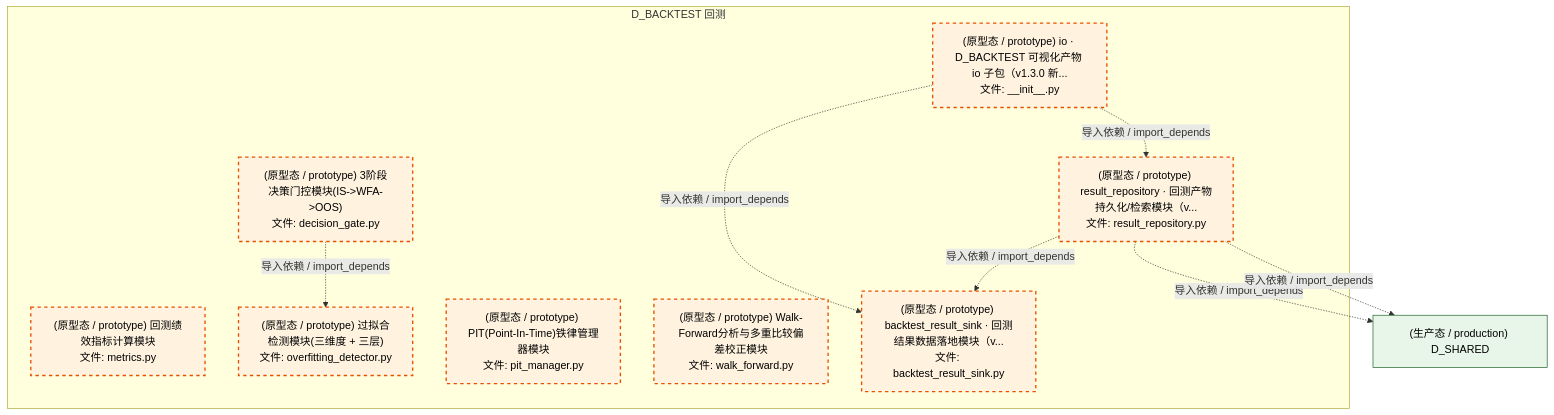
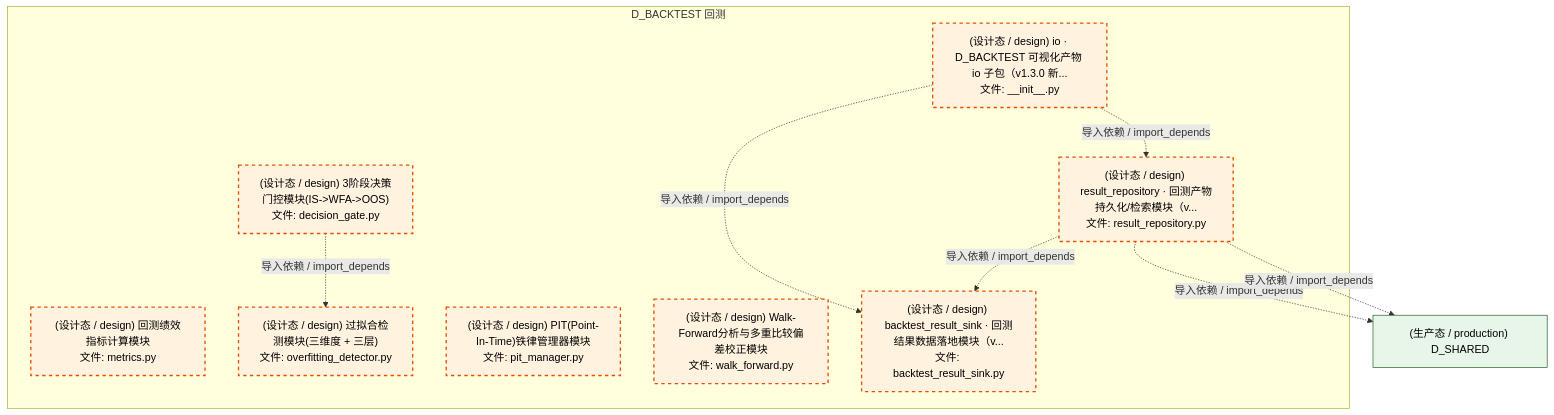
The fourth of 5 diagrams in docs/02_enterprise_architecture/02_domain_architecture_docs/30_d_backtest.md (xuanFelixVan/ZephyrAlpha), drawn with Mermaid before and after one commit. The commit also changed other lines of this file and 177 other files, not shown here.

````diff
--- a/docs/02_enterprise_architecture/02_domain_architecture_docs/30_d_backtest.md
+++ b/docs/02_enterprise_architecture/02_domain_architecture_docs/30_d_backtest.md
@@ -269,26 +268,26 @@
 ```mermaid
 graph TD
     subgraph D_BACKTEST["D_BACKTEST 回测"]
-        src_zephyr_backtest_core_decision_gate_py["(原型态 / prototype) 3阶段决策门控模块(IS->WFA->OOS)<br/>文件: decision_gate.py"]
-        src_zephyr_backtest_core_metrics_py["(原型态 / prototype) 回测绩效指标计算模块<br/>文件: metrics.py"]
-        src_zephyr_backtest_core_overfitting_detector_py["(原型态 / prototype) 过拟合检测模块(三维度 + 三层)<br/>文件: overfitting_detector.py"]
-        src_zephyr_backtest_core_pit_manager_py["(原型态 / prototype) PIT(Point-In-Time)铁律管理器模块<br/>文件: pit_manager.py"]
-        src_zephyr_backtest_core_walk_forward_py["(原型态 / prototype) Walk-Forward分析与多重比较偏差校正模块<br/>文件: walk_forward.py"]
-        src_zephyr_backtest_io_init_py["(原型态 / prototype) io · D_BACKTEST 可视化产物 io 子包（v1.3.0 新...<br/>文件: __init__.py"]
-        src_zephyr_backtest_io_backtest_result_sink_py["(原型态 / prototype) backtest_result_sink · 回测结果数据落地模块（v...<br/>文件: backtest_result_sink.py"]
-        src_zephyr_backtest_io_result_repository_py["(原型态 / prototype) result_repository · 回测产物持久化/检索模块（v...<br/>文件: result_repository.py"]
+        src_zephyr_backtest_core_decision_gate_py["(设计态 / design) 3阶段决策门控模块(IS->WFA->OOS)<br/>文件: decision_gate.py"]
+        src_zephyr_backtest_core_metrics_py["(设计态 / design) 回测绩效指标计算模块<br/>文件: metrics.py"]
+        src_zephyr_backtest_core_overfitting_detector_py["(设计态 / design) 过拟合检测模块(三维度 + 三层)<br/>文件: overfitting_detector.py"]
+        src_zephyr_backtest_core_pit_manager_py["(设计态 / design) PIT(Point-In-Time)铁律管理器模块<br/>文件: pit_manager.py"]
+        src_zephyr_backtest_core_walk_forward_py["(设计态 / design) Walk-Forward分析与多重比较偏差校正模块<br/>文件: walk_forward.py"]
+        src_zephyr_backtest_io_init_py["(设计态 / design) io · D_BACKTEST 可视化产物 io 子包（v1.3.0 新...<br/>文件: __init__.py"]
+        src_zephyr_backtest_io_backtest_result_sink_py["(设计态 / design) backtest_result_sink · 回测结果数据落地模块（v...<br/>文件: backtest_result_sink.py"]
+        src_zephyr_backtest_io_result_repository_py["(设计态 / design) result_repository · 回测产物持久化/检索模块（v...<br/>文件: result_repository.py"]
     end
     src_zephyr_backtest_core_decision_gate_py -.->|导入依赖 / import_depends| src_zephyr_backtest_core_overfitting_detector_py
     src_zephyr_backtest_io_init_py -.->|导入依赖 / import_depends| src_zephyr_backtest_io_backtest_result_sink_py
     src_zephyr_backtest_io_init_py -.->|导入依赖 / import_depends| src_zephyr_backtest_io_result_repository_py
     src_zephyr_backtest_io_result_repository_py -.->|导入依赖 / import_depends| src_zephyr_backtest_io_backtest_result_sink_py
     D_SHARED["(生产态 / production) D_SHARED"]
     src_zephyr_backtest_io_result_repository_py -.->|导入依赖 / import_depends| D_SHARED
     src_zephyr_backtest_io_result_repository_py -.->|导入依赖 / import_depends| D_SHARED
     classDef production fill:#e1f5fe,stroke:#01579b,stroke-width:2px,color:#000
     classDef design fill:#fff3e0,stroke:#e65100,stroke-width:2px,color:#000,stroke-dasharray: 5 5
     classDef external_prod fill:#e8f5e9,stroke:#1b5e20,stroke-width:1px,color:#000
     classDef external_design fill:#fce4ec,stroke:#880e4f,stroke-width:1px,color:#000,stroke-dasharray: 5 5
     class src_zephyr_backtest_core_decision_gate_py,src_zephyr_backtest_core_metrics_py,src_zephyr_backtest_core_overfitting_detector_py,src_zephyr_backtest_core_pit_manager_py,src_zephyr_backtest_core_walk_forward_py,src_zephyr_backtest_io_init_py,src_zephyr_backtest_io_backtest_result_sink_py,src_zephyr_backtest_io_result_repository_py design
     class D_SHARED external_prod
 ```
````
